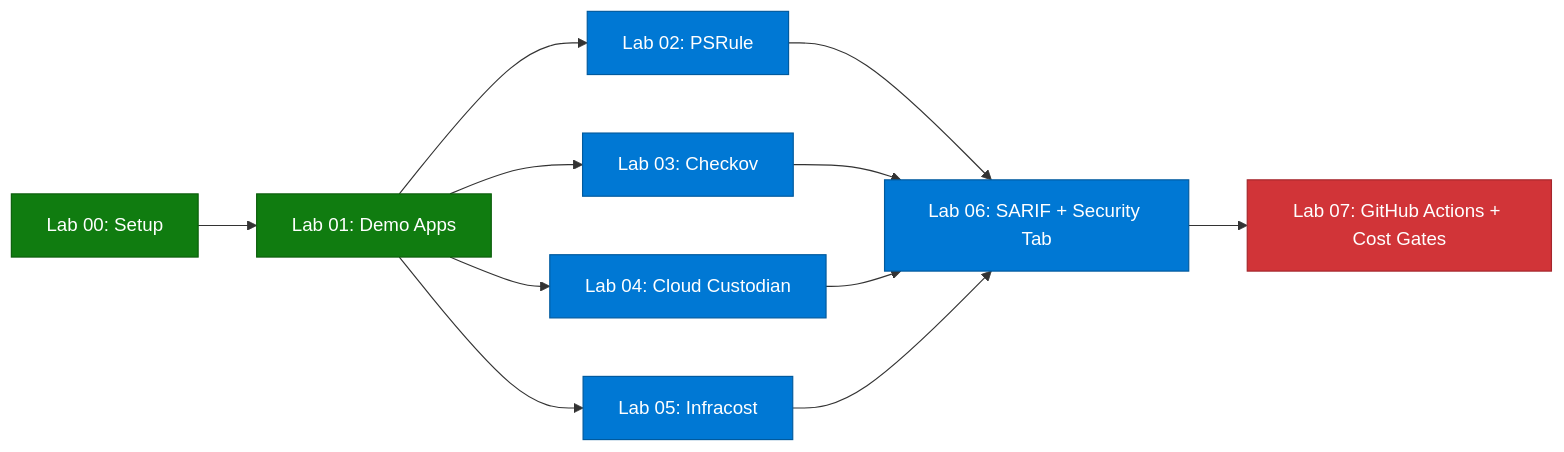
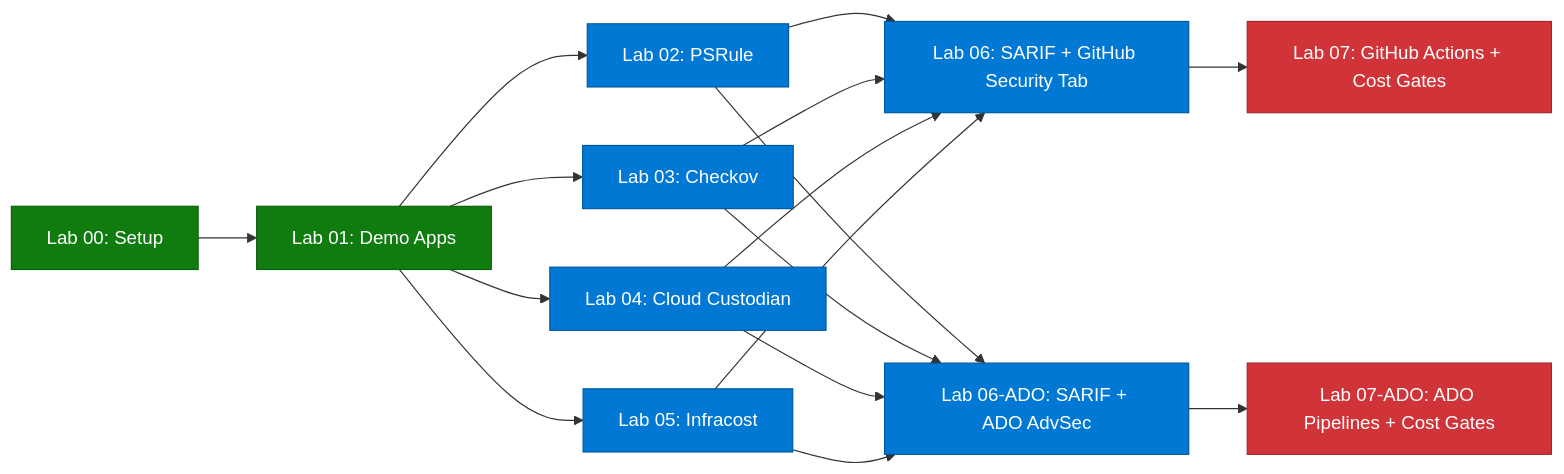
Before and after one commit to devopsabcs-engineering/finops-scan-workshop: the second of 2 diagrams in index.md, drawn with Mermaid. The commit also changed other lines of this file and 7 other files, not shown here.

First line of the commit message:
Add README and lab documentation for Lab 06-ADO and Lab 07-ADO

````diff
--- a/index.md
+++ b/index.md
@@ -74,21 +76,26 @@
 ```mermaid
 graph LR
     L00[Lab 00: Setup] --> L01[Lab 01: Demo Apps]
     L01 --> L02[Lab 02: PSRule]
     L01 --> L03[Lab 03: Checkov]
     L01 --> L04[Lab 04: Cloud Custodian]
     L01 --> L05[Lab 05: Infracost]
-    L02 --> L06[Lab 06: SARIF + Security Tab]
+    L02 --> L06[Lab 06: SARIF + GitHub Security Tab]
     L03 --> L06
     L04 --> L06
     L05 --> L06
+    L02 --> L06A[Lab 06-ADO: SARIF + ADO AdvSec]
+    L03 --> L06A
+    L04 --> L06A
+    L05 --> L06A
     L06 --> L07[Lab 07: GitHub Actions + Cost Gates]
+    L06A --> L07A[Lab 07-ADO: ADO Pipelines + Cost Gates]
 
     classDef beginner fill:#107C10,stroke:#0b5e0b,color:#fff
     classDef intermediate fill:#0078D4,stroke:#005a9e,color:#fff
     classDef advanced fill:#D13438,stroke:#a4262c,color:#fff
 
     class L00,L01 beginner
-    class L02,L03,L04,L05,L06 intermediate
-    class L07 advanced
+    class L02,L03,L04,L05,L06,L06A intermediate
+    class L07,L07A advanced
 ```
````
